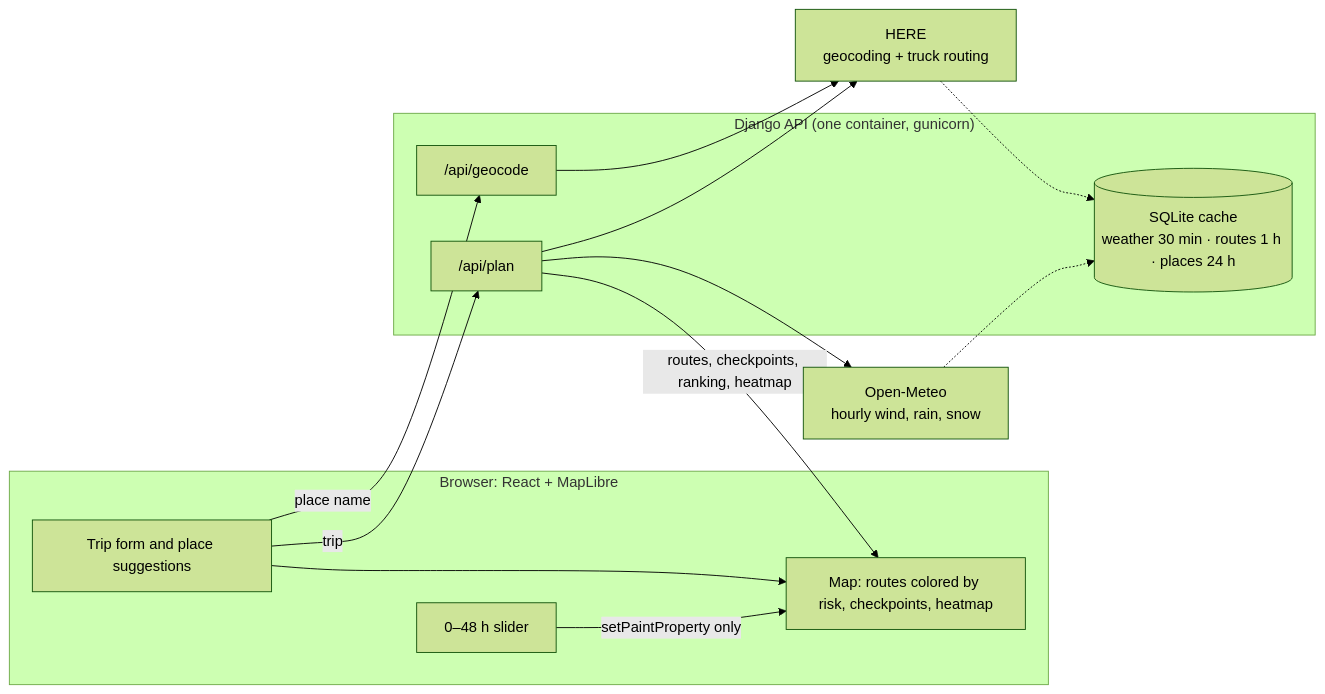
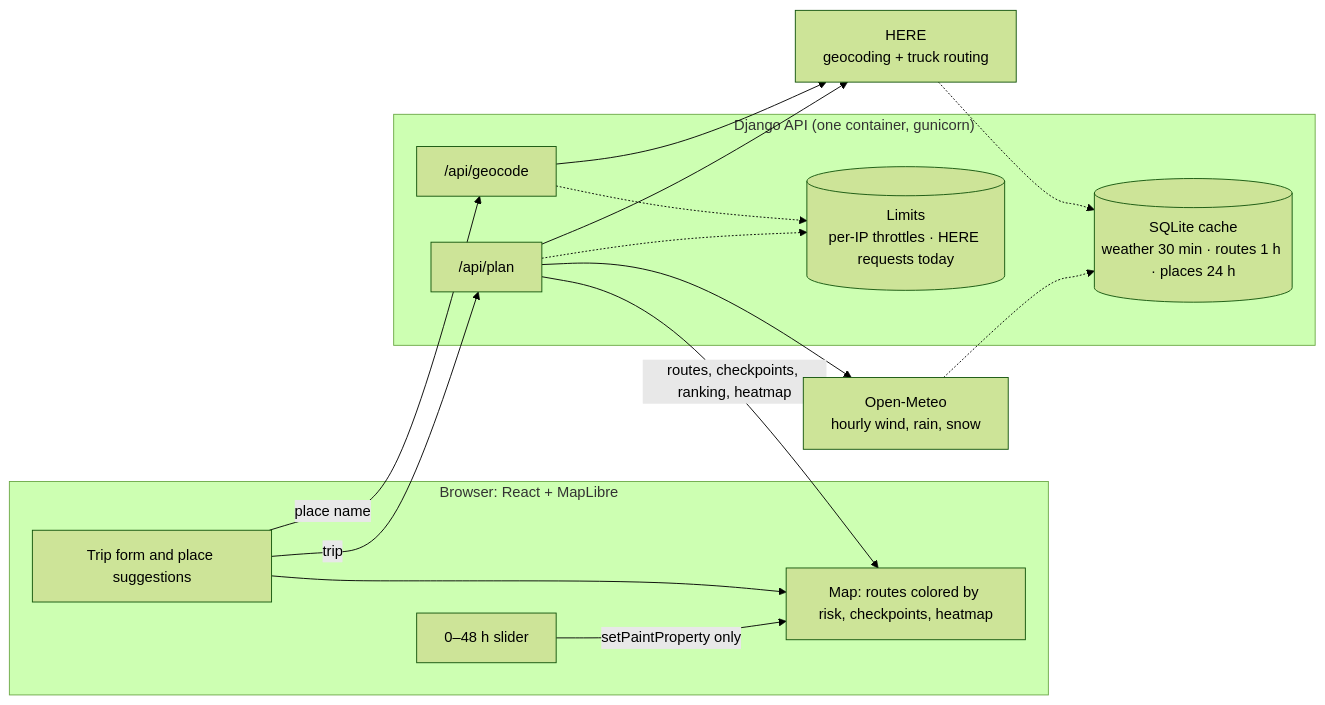
Before and after one commit to ammad172/weather-truck-routing: the diagram in README.md, drawn with Mermaid (forest theme). The commit also changed other lines of this file and 13 other files, not shown here.

First line of the commit message:
Protect the HERE allowance: per-IP throttles, a daily HERE cap, usage logs

````diff
--- a/README.md
+++ b/README.md
@@ -11,20 +11,23 @@
 ```mermaid
 flowchart LR
   subgraph Browser["Browser: React + MapLibre"]
     Form["Trip form and place suggestions"] --> Map["Map: routes colored by risk, checkpoints, heatmap"]
     Slider["0–48 h slider"] -->|"setPaintProperty only"| Map
   end
   subgraph Django["Django API (one container, gunicorn)"]
     Geo["/api/geocode"]
     Plan["/api/plan"]
     Cache[("SQLite cache<br/>weather 30 min · routes 1 h · places 24 h")]
+    Limits[("Limits<br/>per-IP throttles · HERE requests today")]
   end
   Form -->|place name| Geo
   Form -->|trip| Plan
   Geo --> HERE["HERE<br/>geocoding + truck routing"]
   Plan --> HERE
+  Geo -.-> Limits
+  Plan -.-> Limits
   Plan --> OM["Open-Meteo<br/>hourly wind, rain, snow"]
   HERE -.-> Cache
   OM -.-> Cache
   Plan -->|"routes, checkpoints, ranking, heatmap"| Map
 ```
````
